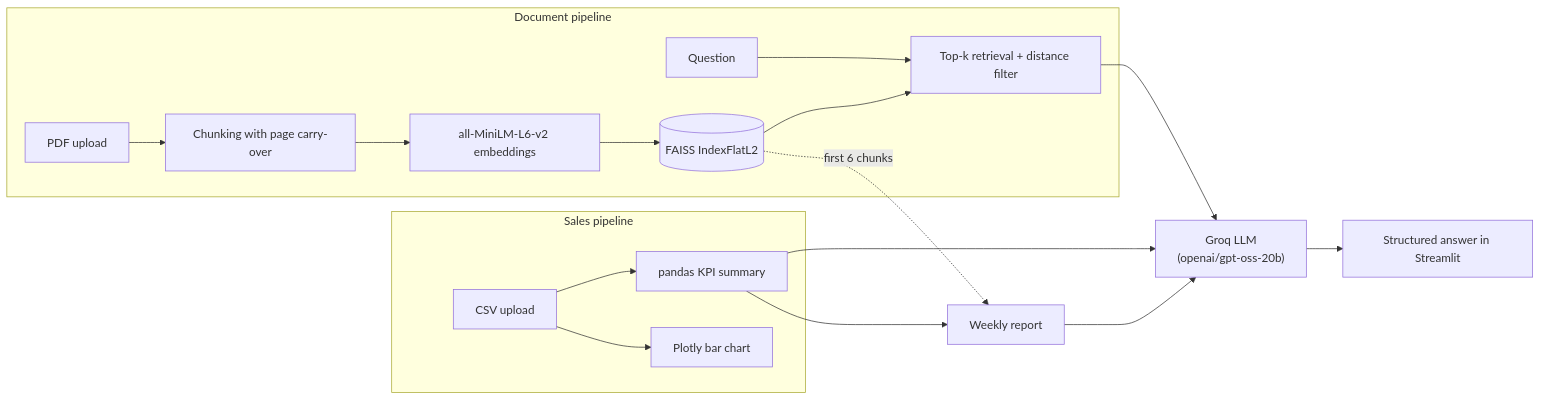
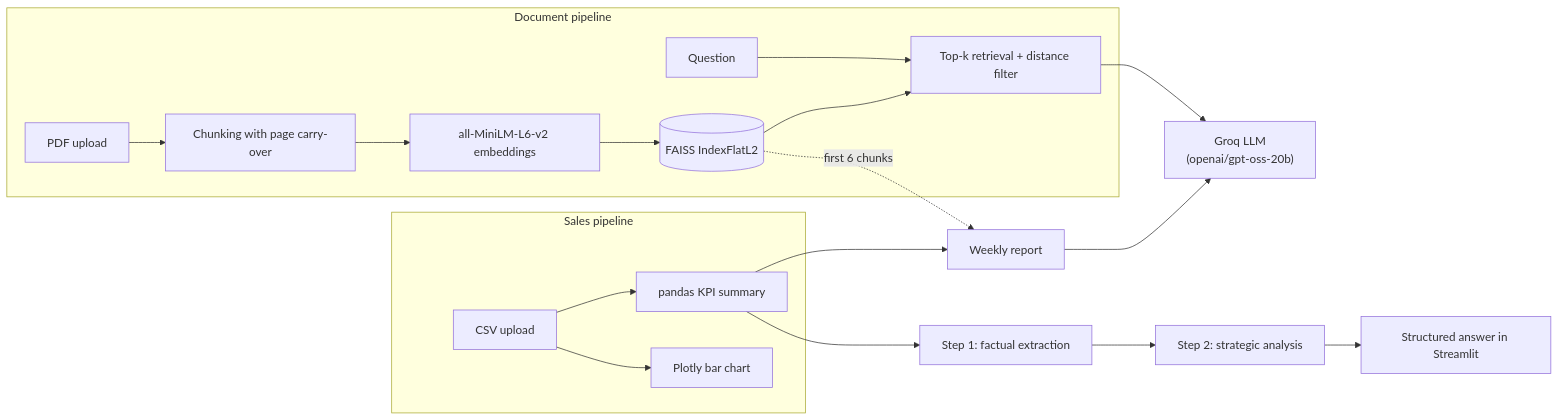
The diagram in README.md (nat15hol/ai-business-assistant), drawn with Mermaid before and after one commit. The commit also changed other lines of this file, not shown here.

````diff
--- a/README.md
+++ b/README.md
@@ -39,22 +65,25 @@
-```mermaid
+```mermaid id="v5f0x9"
 flowchart LR
+
     subgraph Docs["Document pipeline"]
         PDF[PDF upload] --> CH[Chunking with page carry-over]
         CH --> EMB[all-MiniLM-L6-v2 embeddings]
         EMB --> FAISS[(FAISS IndexFlatL2)]
         Q[Question] --> RET[Top-k retrieval + distance filter]
         FAISS --> RET
     end
 
     subgraph Sales["Sales pipeline"]
         CSV[CSV upload] --> PD[pandas KPI summary]
         CSV --> PLOT[Plotly bar chart]
     end
 
     RET --> LLM["Groq LLM<br/>(openai/gpt-oss-20b)"]
-    PD --> LLM
+    PD --> STEP1[Step 1: factual extraction]
+    STEP1 --> STEP2[Step 2: strategic analysis]
+    STEP2 --> OUT[Structured answer in Streamlit]
+
     FAISS -. first 6 chunks .-> REP[Weekly report]
     PD --> REP
     REP --> LLM
-    LLM --> OUT[Structured answer in Streamlit]
 ```
````
